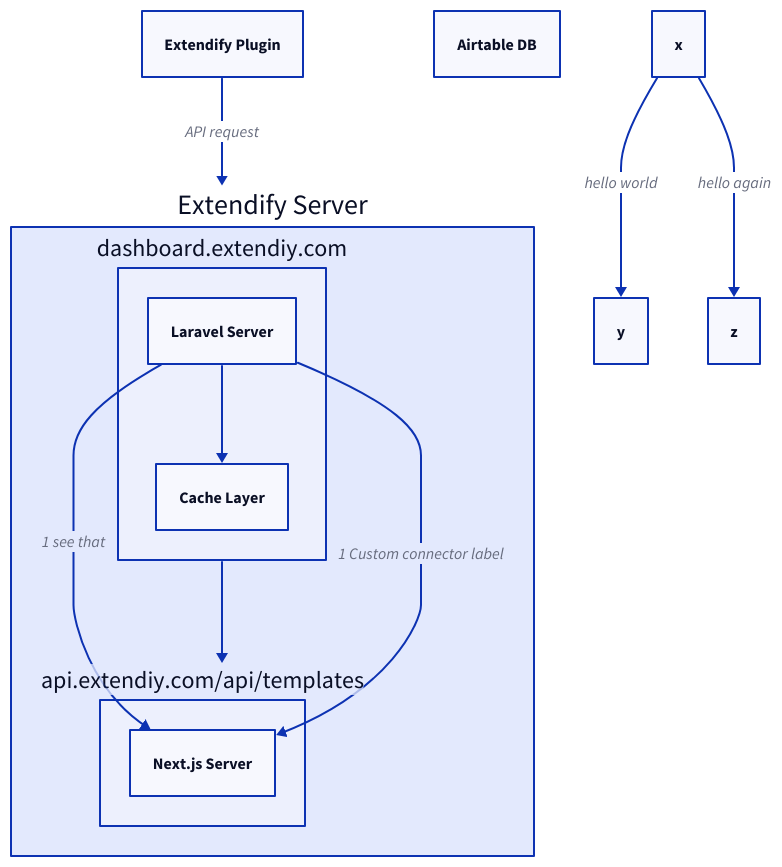
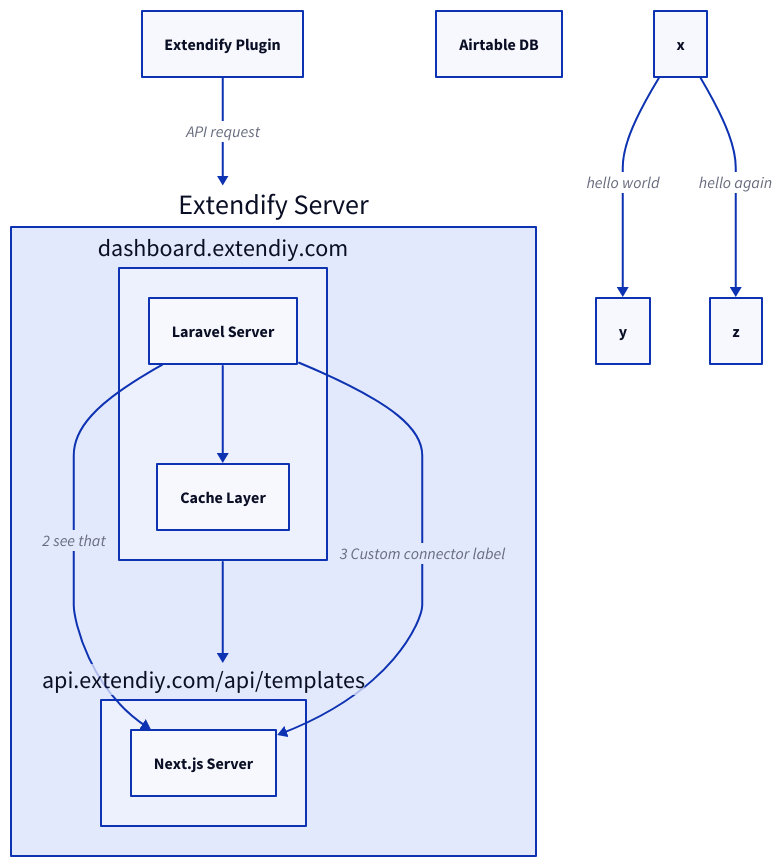
One commit to dgwyer/myapp changed the diagram in d2/file.d2. Above: the diagram before and after it, drawn with D2.

Commit message:
try to render

```diff
--- a/d2/file.d2
+++ b/d2/file.d2
@@ -1,28 +1,28 @@
 a: Extendify Plugin
 e: Airtable DB
 
 extendifyServer: {
   label: Extendify Server
 
   dashboardServer: {
     label: dashboard.extendiy.com
     ls: Laravel Server
     cl: Cache Layer
 
     ls -> cl
   }
 
   apiServer:  {
     label: api.extendiy.com/api/templates
     nj: Next.js Server
 
-    _.dashboardServer.ls -> nj: 1 see that
+    _.dashboardServer.ls -> nj: 2 see that
   }
 
   dashboardServer -> apiServer
-  dashboardServer.ls -> apiServer.nj: 1 Custom connector label
+  dashboardServer.ls -> apiServer.nj: 3 Custom connector label
 }
 
 a -> extendifyServer: API request
 x -> y: hello world
 x -> z: hello again
```
